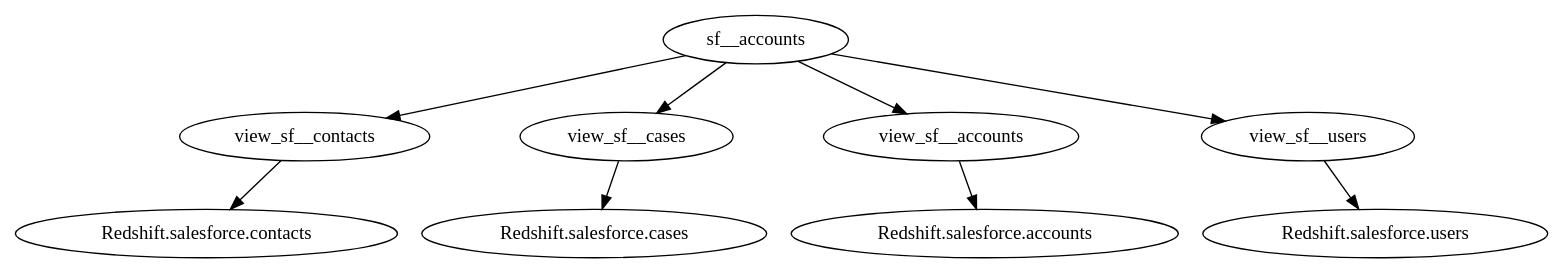
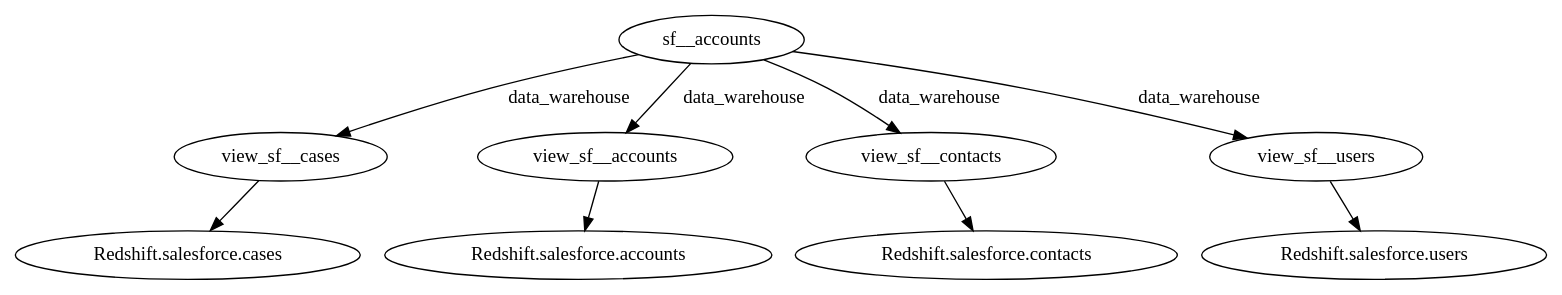
The diagram in test_folder/graphs/sf__accounts.gv (vickyjkwan/gazetteer), drawn with Graphviz before and after one commit. The commit also changed 15 other files, not shown here.

```diff
--- a/test_folder/graphs/sf__accounts.gv
+++ b/test_folder/graphs/sf__accounts.gv
@@ -1,19 +1,19 @@
 digraph sf__accounts {
 	sf__accounts [label=sf__accounts]
-	view_sf__contacts [label=view_sf__contacts]
-	sf__accounts -> view_sf__contacts
-	"Redshift.salesforce.contacts" [label="Redshift.salesforce.contacts"]
-	view_sf__contacts -> "Redshift.salesforce.contacts"
 	view_sf__cases [label=view_sf__cases]
-	sf__accounts -> view_sf__cases
+	sf__accounts -> view_sf__cases [label=data_warehouse]
 	"Redshift.salesforce.cases" [label="Redshift.salesforce.cases"]
 	view_sf__cases -> "Redshift.salesforce.cases"
 	view_sf__accounts [label=view_sf__accounts]
-	sf__accounts -> view_sf__accounts
+	sf__accounts -> view_sf__accounts [label=data_warehouse]
 	"Redshift.salesforce.accounts" [label="Redshift.salesforce.accounts"]
 	view_sf__accounts -> "Redshift.salesforce.accounts"
+	view_sf__contacts [label=view_sf__contacts]
+	sf__accounts -> view_sf__contacts [label=data_warehouse]
+	"Redshift.salesforce.contacts" [label="Redshift.salesforce.contacts"]
+	view_sf__contacts -> "Redshift.salesforce.contacts"
 	view_sf__users [label=view_sf__users]
-	sf__accounts -> view_sf__users
+	sf__accounts -> view_sf__users [label=data_warehouse]
 	"Redshift.salesforce.users" [label="Redshift.salesforce.users"]
 	view_sf__users -> "Redshift.salesforce.users"
 }
```
